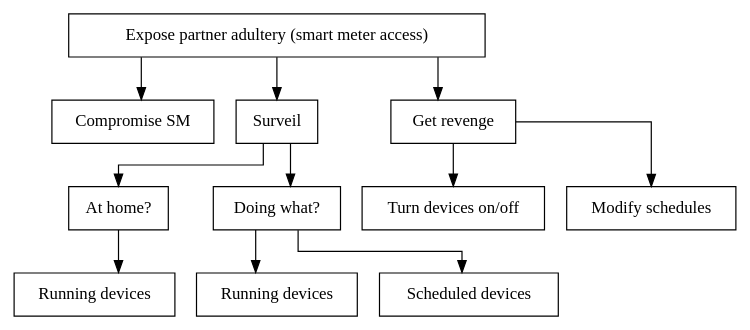
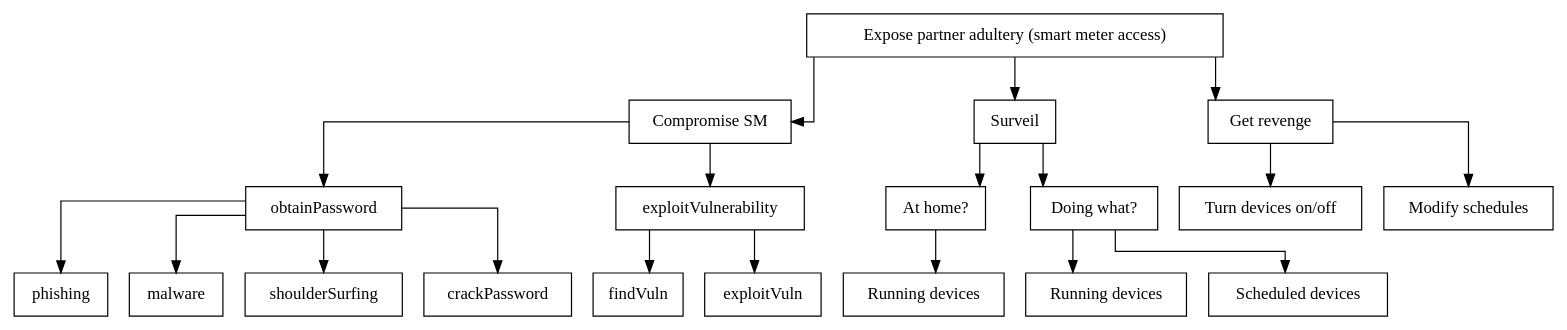
Before and after one commit to des904e15/report: the diagram in figures/graphviz/partner_vs_consumer_sm.dot, drawn with Graphviz. The commit also changed 12 other files, not shown here.

```diff
--- a/figures/graphviz/partner_vs_consumer_sm.dot
+++ b/figures/graphviz/partner_vs_consumer_sm.dot
@@ -1,36 +1,49 @@
 digraph finite_state_machine {
   node [shape = rectangle];
   graph [splines=ortho];
 
   sm_access[label = "Expose partner adultery (smart meter access)",shape=AND];
 
     sm_access -> compromise_sm;
     compromise_sm[label="Compromise SM"];
+
+    obtainPassword[shape=OR];
+    compromise_sm[shape=OR];
+    compromise_sm -> obtainPassword;
+    obtainPassword -> phishing;
+    obtainPassword -> malware;
+    obtainPassword -> shoulderSurfing;
+    obtainPassword -> crackPassword;
+
+    exploitVulnerability[shape=AND];
+    compromise_sm -> exploitVulnerability;
+    exploitVulnerability -> findVuln;
+    exploitVulnerability -> exploitVuln;
 
   surveil[label="Surveil",shape=OR];
   sm_access->surveil;
 
     at_home[label="At home?"];
     surveil->at_home
 
       running_devices[label="Running devices"];
       at_home->running_devices;
 
     doing_what[label="Doing what?",shape=OR];
     surveil->doing_what;
 
       running_devices2[label="Running devices"];
       doing_what->running_devices2;
 
       scheduled_devices[label="Scheduled devices"];
       doing_what->scheduled_devices;
 
   revenge[label="Get revenge",shape=OR];
   sm_access->revenge;
 
     turn_onoff[label="Turn devices on/off"];
     revenge->turn_onoff;
 
     modify_schedules[label="Modify schedules"];
     revenge->modify_schedules;
 }
```
